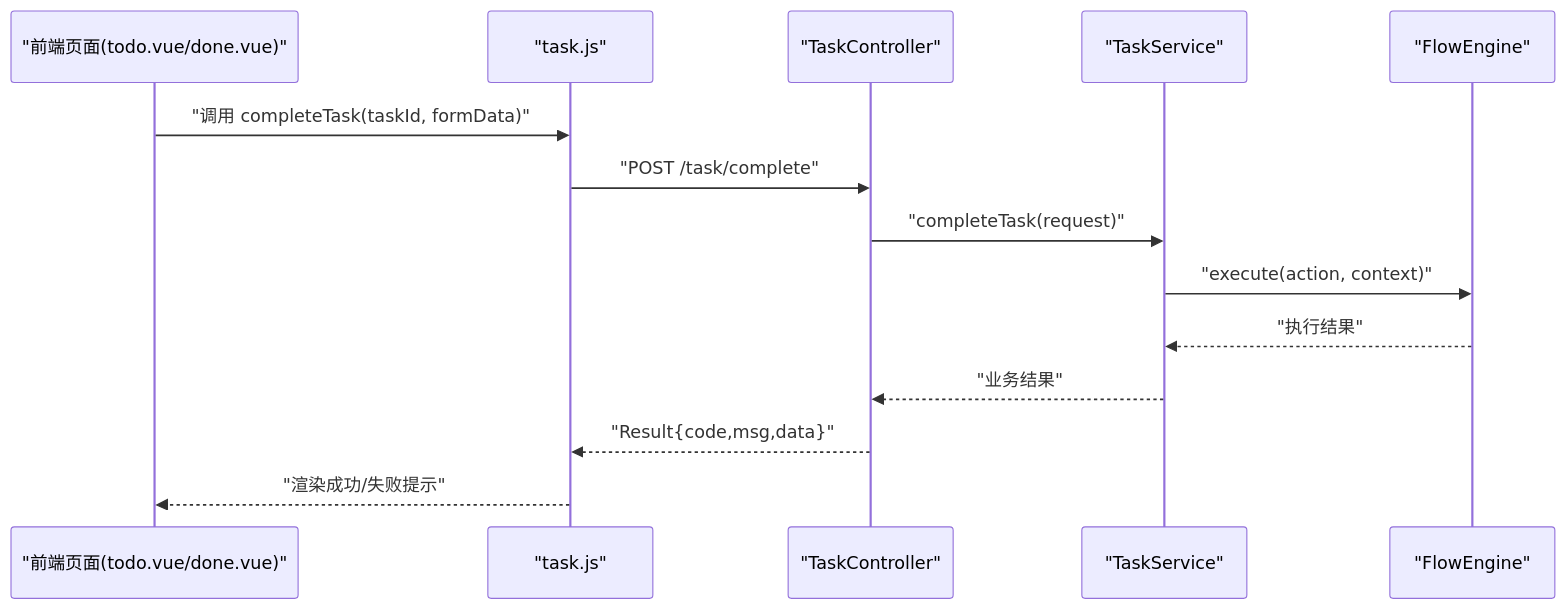
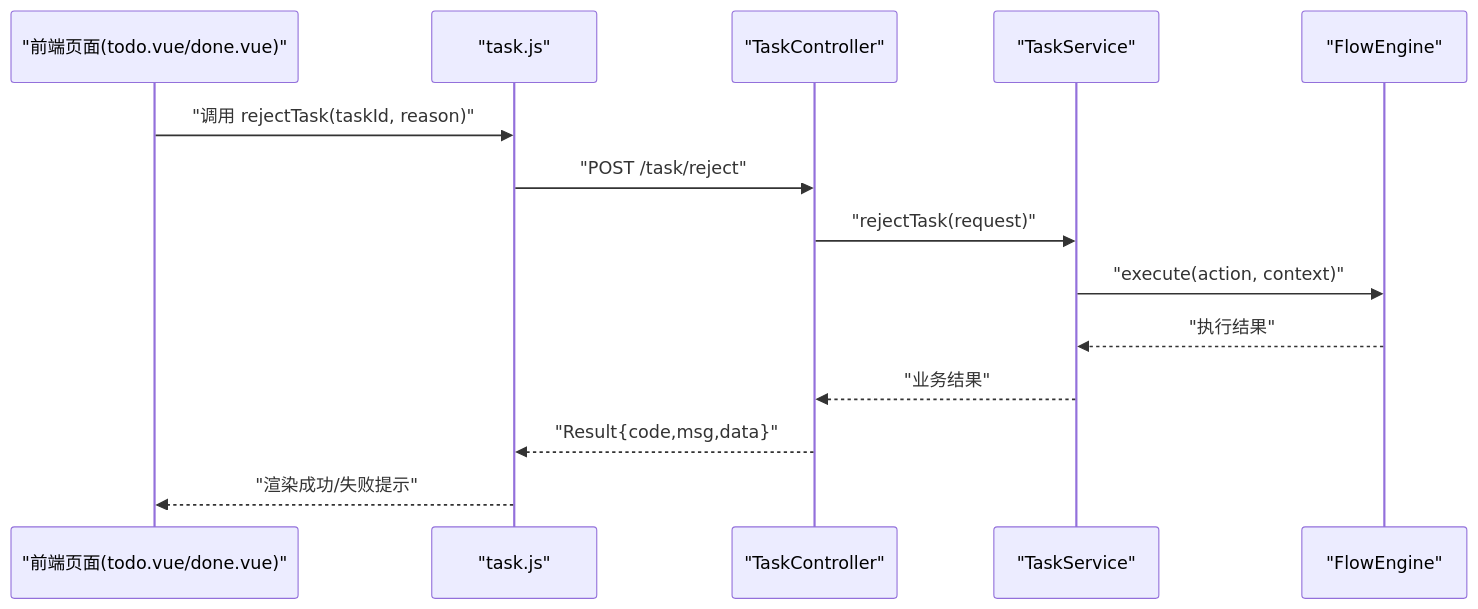
The eighth of 9 diagrams in .qoder/repowiki/zh/content/任务管理/任务操作处理/任务操作处理.md (liming-lihaini/workflow), drawn with Mermaid before and after one commit. The commit also changed other lines of this file and 57 other files, not shown here.

````diff
--- a/.qoder/repowiki/zh/content/任务管理/任务操作处理/任务操作处理.md
+++ b/.qoder/repowiki/zh/content/任务管理/任务操作处理/任务操作处理.md
@@ -410,16 +446,16 @@
 ```mermaid
 sequenceDiagram
 participant UI as "前端页面(todo.vue/done.vue)"
 participant Api as "task.js"
 participant Ctrl as "TaskController"
 participant Svc as "TaskService"
 participant Eng as "FlowEngine"
-UI->>Api : "调用 completeTask(taskId, formData)"
-Api->>Ctrl : "POST /task/complete"
-Ctrl->>Svc : "completeTask(request)"
+UI->>Api : "调用 rejectTask(taskId, reason)"
+Api->>Ctrl : "POST /task/reject"
+Ctrl->>Svc : "rejectTask(request)"
 Svc->>Eng : "execute(action, context)"
 Eng-->>Svc : "执行结果"
 Svc-->>Ctrl : "业务结果"
 Ctrl-->>Api : "Result{code,msg,data}"
 Api-->>UI : "渲染成功/失败提示"
 ```
````
